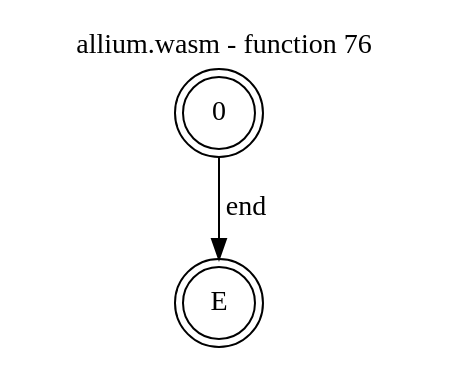
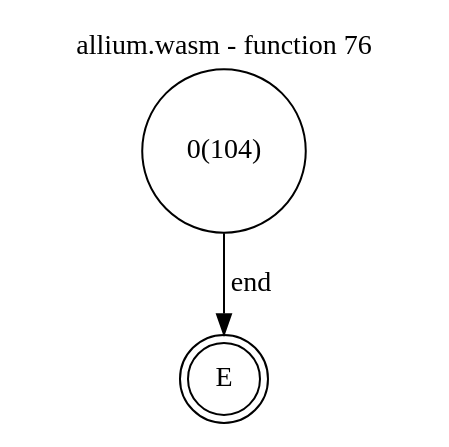
The diagram in test_cases/allium/funcs/allium-func76.dot (jsCarleton/wanalyze), drawn with Graphviz before and after one commit. The commit also changed 145 other files, not shown here.

```diff
--- a/test_cases/allium/funcs/allium-func76.dot
+++ b/test_cases/allium/funcs/allium-func76.dot
@@ -1,10 +1,11 @@
 digraph finite_state_machine {
     label = "allium.wasm - function 76"
     labelloc =  t
     labelfontsize = 16
     labelfontcolor = black
     labelfontname = "Helvetica"
-    node [shape = doublecircle]; 0 E ;
-    node [shape = circle];
+    node [shape = doublecircle]; E ;
+node [shape=circle, fontcolor=black, style="", label="0(104)"]0
+node [shape=circle, fontcolor=black, style="", label="E"]E
     0 -> E[label="end"];
 }
```
